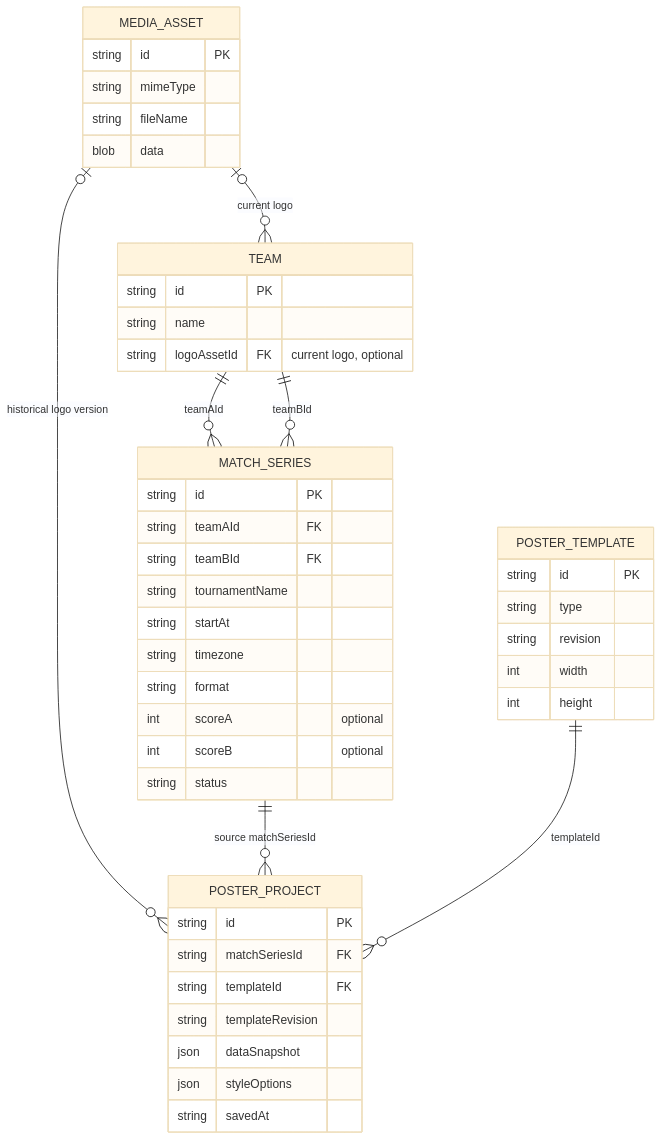
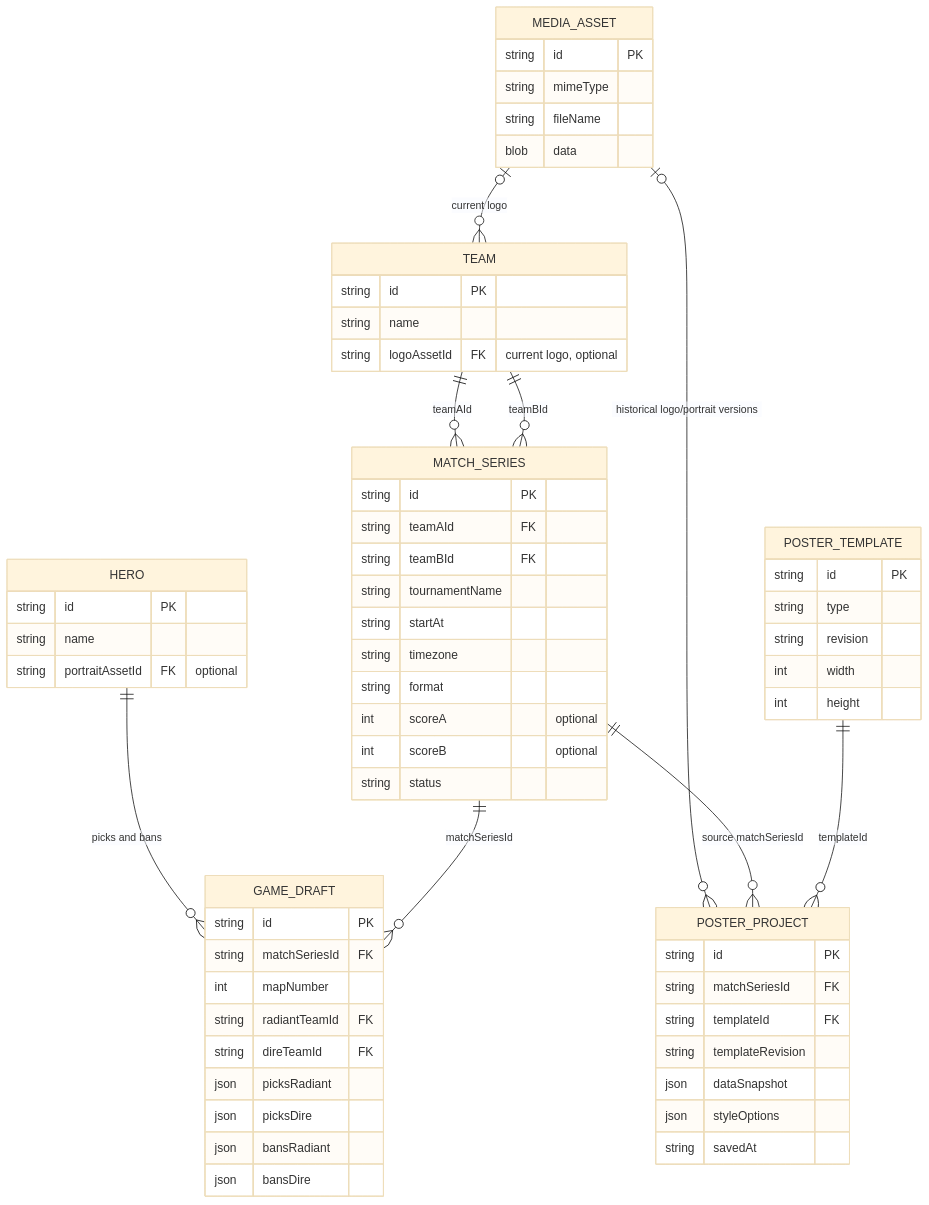
Before and after one commit to qroka/DotaFrame: the diagram in docs/architecture/data-model.md, drawn with Mermaid (base theme). The commit also changed other lines of this file, not shown here.

Commit message:
docs: add Hero and GameDraft to MVP entity model

````diff
--- a/docs/architecture/data-model.md
+++ b/docs/architecture/data-model.md
@@ -16,53 +16,73 @@
 ```mermaid
 erDiagram
     TEAM ||--o{ MATCH_SERIES : "teamAId"
     TEAM ||--o{ MATCH_SERIES : "teamBId"
     MEDIA_ASSET o|--o{ TEAM : "current logo"
-    MEDIA_ASSET o|--o{ POSTER_PROJECT : "historical logo version"
+    MEDIA_ASSET o|--o{ POSTER_PROJECT : "historical logo/portrait versions"
+    HERO ||--o{ GAME_DRAFT : "picks and bans"
+    MATCH_SERIES ||--o{ GAME_DRAFT : "matchSeriesId"
     MATCH_SERIES ||--o{ POSTER_PROJECT : "source matchSeriesId"
     POSTER_TEMPLATE ||--o{ POSTER_PROJECT : "templateId"
 
     TEAM {
       string id PK
       string name
       string logoAssetId FK "current logo, optional"
     }
 
     MEDIA_ASSET {
       string id PK
       string mimeType
       string fileName
       blob data
     }
 
     MATCH_SERIES {
       string id PK
       string teamAId FK
       string teamBId FK
       string tournamentName
       string startAt
       string timezone
       string format
       int scoreA "optional"
       int scoreB "optional"
       string status
     }
 
+    HERO {
+      string id PK
+      string name
+      string portraitAssetId FK "optional"
+    }
+
+    GAME_DRAFT {
+      string id PK
+      string matchSeriesId FK
+      int mapNumber
+      string radiantTeamId FK
+      string direTeamId FK
+      json picksRadiant
+      json picksDire
+      json bansRadiant
+      json bansDire
+    }
+
     POSTER_TEMPLATE {
       string id PK
       string type
       string revision
       int width
       int height
     }
 
     POSTER_PROJECT {
       string id PK
       string matchSeriesId FK
       string templateId FK
       string templateRevision
       json dataSnapshot
       json styleOptions
       string savedAt
     }
 ```
````
